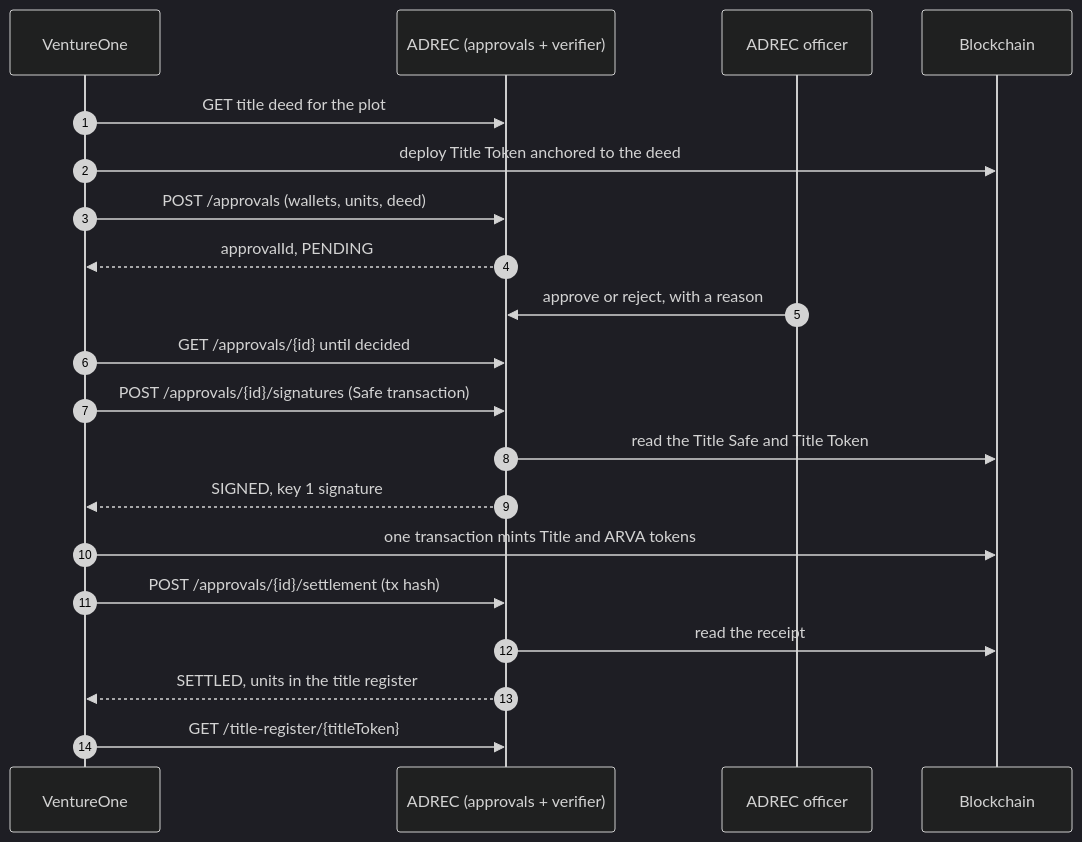
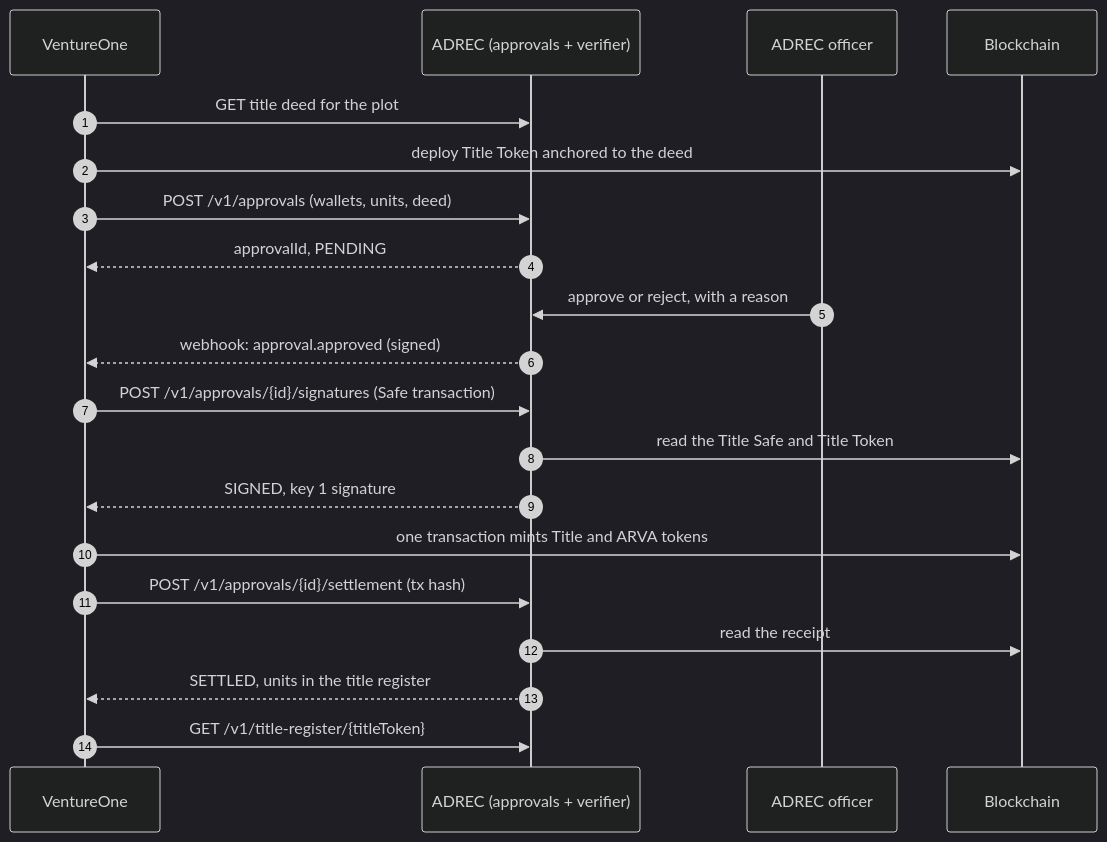
Before and after one commit to udayakumarrajan/ventureone-adrec-doc: the diagram in introduction/dual-token.mdx, drawn with Mermaid (dark theme). The commit also changed other lines of this file and 15 other files, not shown here.

````diff
--- a/introduction/dual-token.mdx
+++ b/introduction/dual-token.mdx
@@ -57,22 +57,22 @@
 ```mermaid
 sequenceDiagram
     autonumber
     participant V as VentureOne
     participant A as ADREC (approvals + verifier)
     participant O as ADREC officer
     participant C as Blockchain
     V->>A: GET title deed for the plot
     V->>C: deploy Title Token anchored to the deed
-    V->>A: POST /approvals (wallets, units, deed)
+    V->>A: POST /v1/approvals (wallets, units, deed)
     A-->>V: approvalId, PENDING
     O->>A: approve or reject, with a reason
-    V->>A: GET /approvals/{id} until decided
-    V->>A: POST /approvals/{id}/signatures (Safe transaction)
+    A-->>V: webhook: approval.approved (signed)
+    V->>A: POST /v1/approvals/{id}/signatures (Safe transaction)
     A->>C: read the Title Safe and Title Token
     A-->>V: SIGNED, key 1 signature
     V->>C: one transaction mints Title and ARVA tokens
-    V->>A: POST /approvals/{id}/settlement (tx hash)
+    V->>A: POST /v1/approvals/{id}/settlement (tx hash)
     A->>C: read the receipt
     A-->>V: SETTLED, units in the title register
-    V->>A: GET /title-register/{titleToken}
+    V->>A: GET /v1/title-register/{titleToken}
 ```
````
